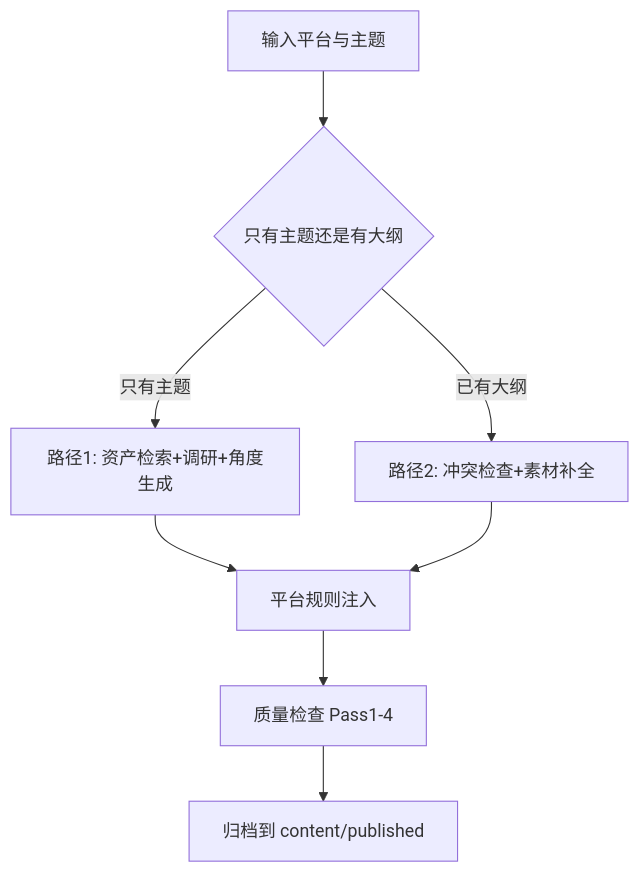
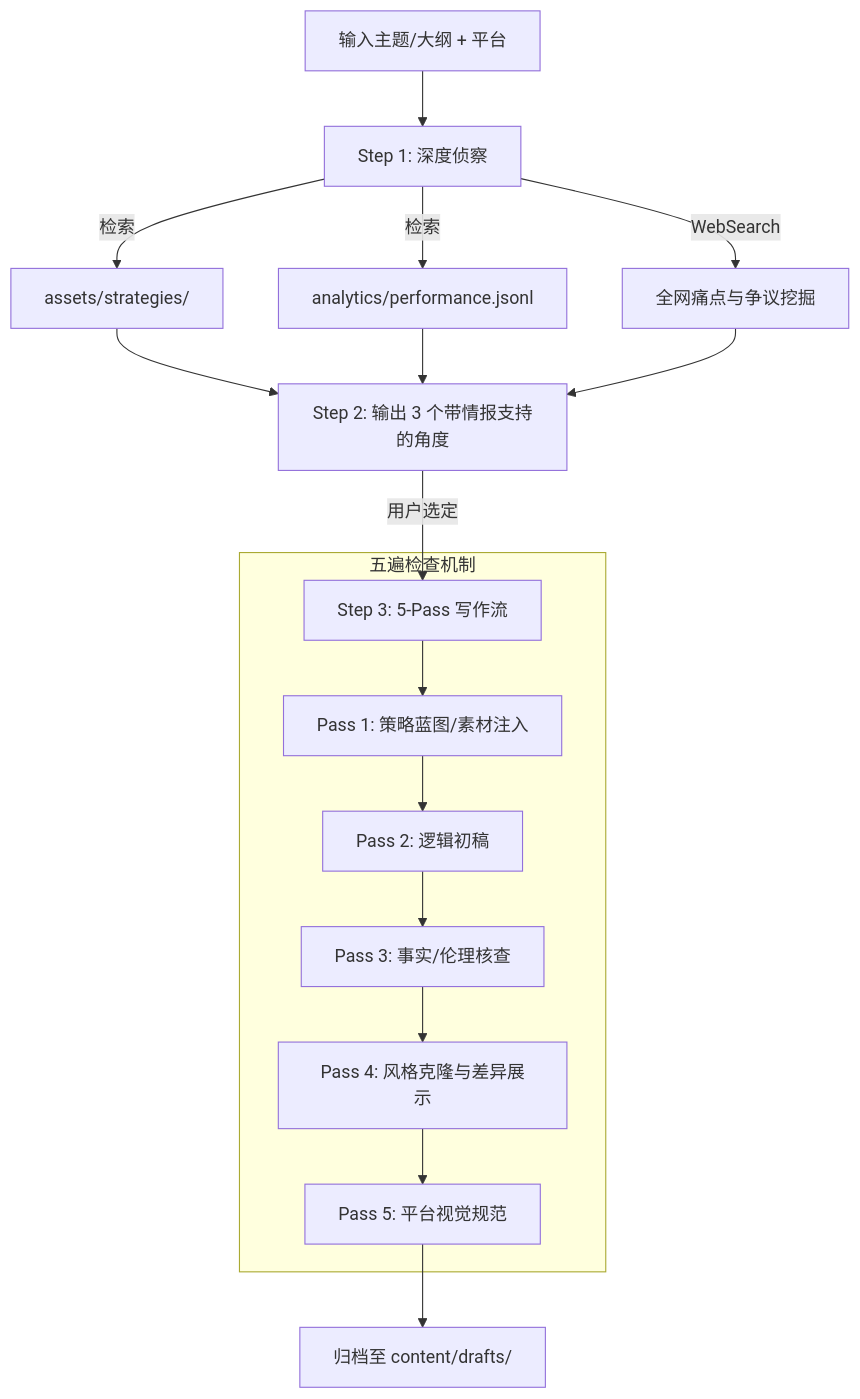
One commit to xhanzo-coder/creator-digital-twin-skill changed the fourth of 9 diagrams in README.md. Above: the diagram before and after it, drawn with Mermaid. The commit also changed other lines of this file and 2 other files, not shown here.

Commit message:
优化模式C：平台策略写作流程

````diff
--- a/README.md
+++ b/README.md
@@ -138,10 +142,20 @@
 ```mermaid
 flowchart TD
-    C1[输入平台与主题] --> C2{只有主题还是有大纲}
-    C2 -->|只有主题| C3[路径1: 资产检索+调研+角度生成]
-    C2 -->|已有大纲| C4[路径2: 冲突检查+素材补全]
-    C3 --> C5[平台规则注入]
-    C4 --> C5
-    C5 --> C6[质量检查 Pass1-4]
-    C6 --> C7[归档到 content/published]
+    C1[输入主题/大纲 + 平台] --> C2[Step 1: 深度侦察]
+    C2 -->|检索| C3[assets/strategies/]
+    C2 -->|检索| C4[analytics/performance.jsonl]
+    C2 -->|WebSearch| C5[全网痛点与争议挖掘]
+    
+    C3 & C4 & C5 --> C6[Step 2: 输出 3 个带情报支持的角度]
+    
+    C6 -->|用户选定| C7[Step 3: 5-Pass 写作流]
+    subgraph 五遍检查机制
+    C7 --> C8[Pass 1: 策略蓝图/素材注入]
+    C8 --> C9[Pass 2: 逻辑初稿]
+    C9 --> C10[Pass 3: 事实/伦理核查]
+    C10 --> C11[Pass 4: 风格克隆与差异展示]
+    C11 --> C12[Pass 5: 平台视觉规范]
+    end
+    
+    C12 --> C13[归档至 content/drafts/]
 ```
````
